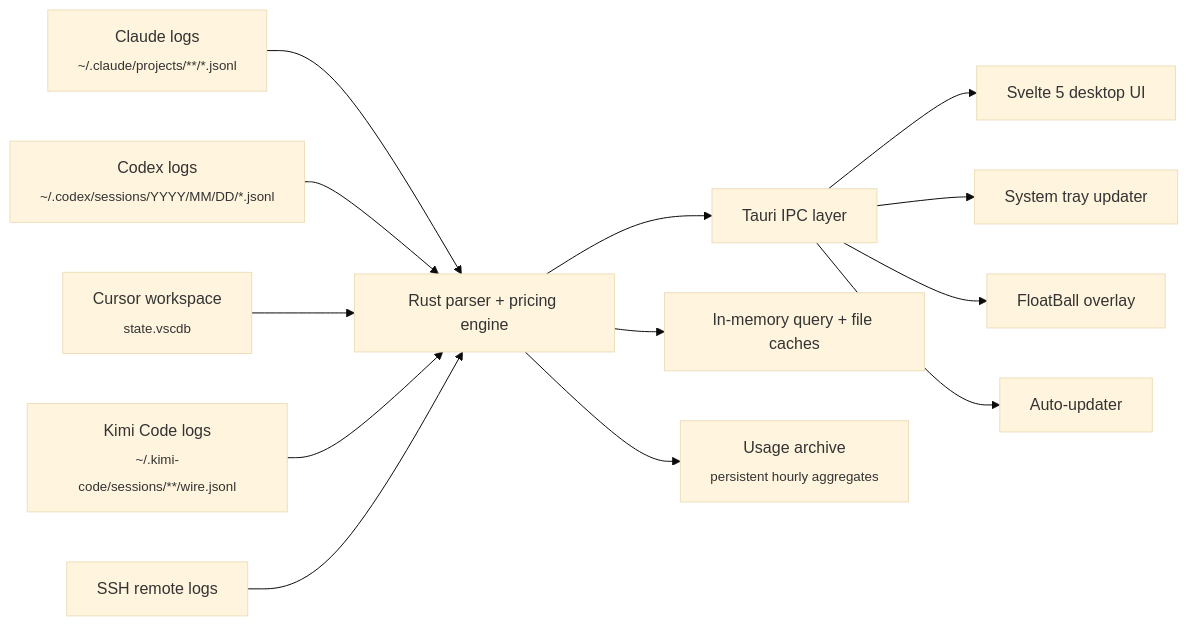
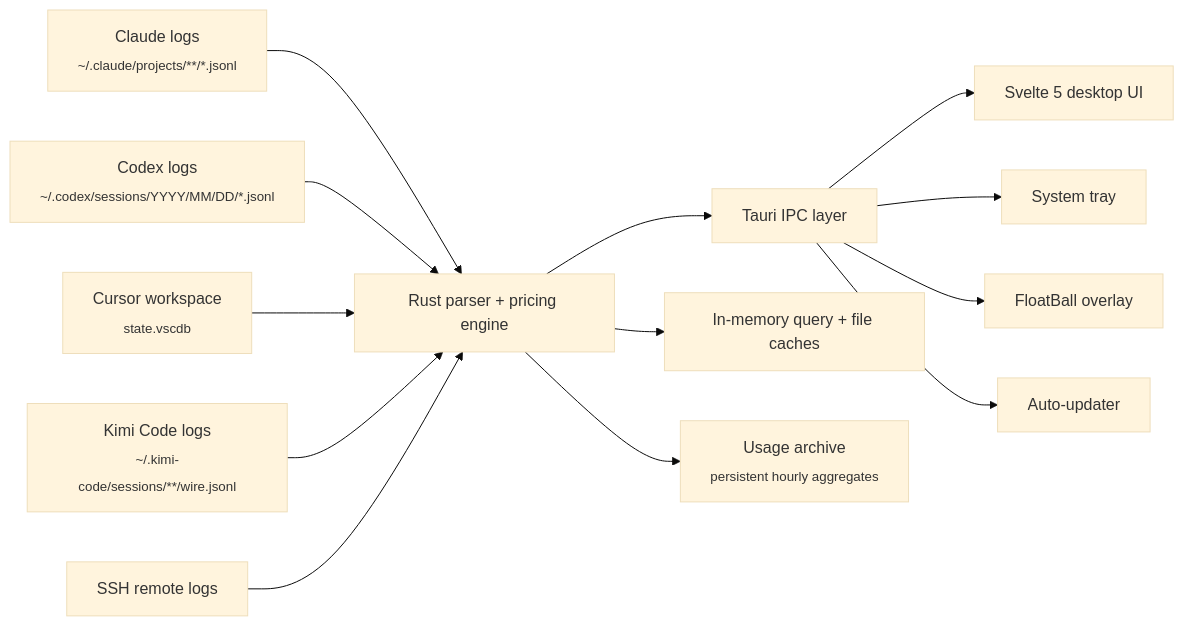
One commit to Michael-OvO/TokenMonitor changed the diagram in README.md. Above: the diagram before and after it, drawn with Mermaid (base theme). The commit also changed other lines of this file and 2 other files, not shown here.

````diff
--- a/README.md
+++ b/README.md
@@ -267,15 +157,15 @@
 ```mermaid
 graph LR
     A["Claude logs<br/><sub>~/.claude/projects/**/*.jsonl</sub>"] --> B["Rust parser + pricing engine"]
     D["Codex logs<br/><sub>~/.codex/sessions/YYYY/MM/DD/*.jsonl</sub>"] --> B
     K["Cursor workspace<br/><sub>state.vscdb</sub>"] --> B
     M["Kimi Code logs<br/><sub>~/.kimi-code/sessions/**/wire.jsonl</sub>"] --> B
     S["SSH remote logs"] --> B
     B --> C["Tauri IPC layer"]
     C --> E["Svelte 5 desktop UI"]
-    C --> F["System tray updater"]
+    C --> F["System tray"]
     C --> H["FloatBall overlay"]
     C --> U["Auto-updater"]
     B --> G["In-memory query + file caches"]
     B --> AR["Usage archive<br/><sub>persistent hourly aggregates</sub>"]
 ```
````
